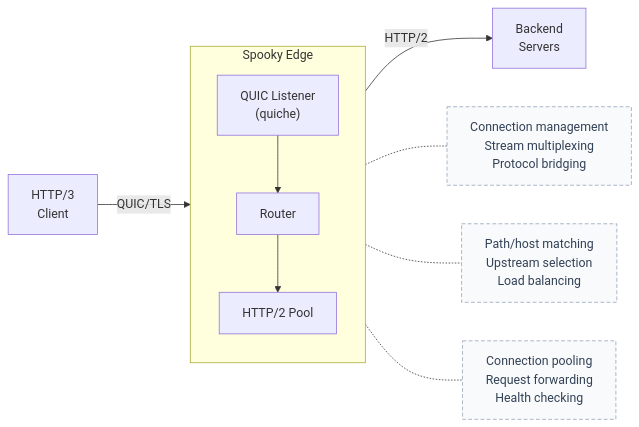
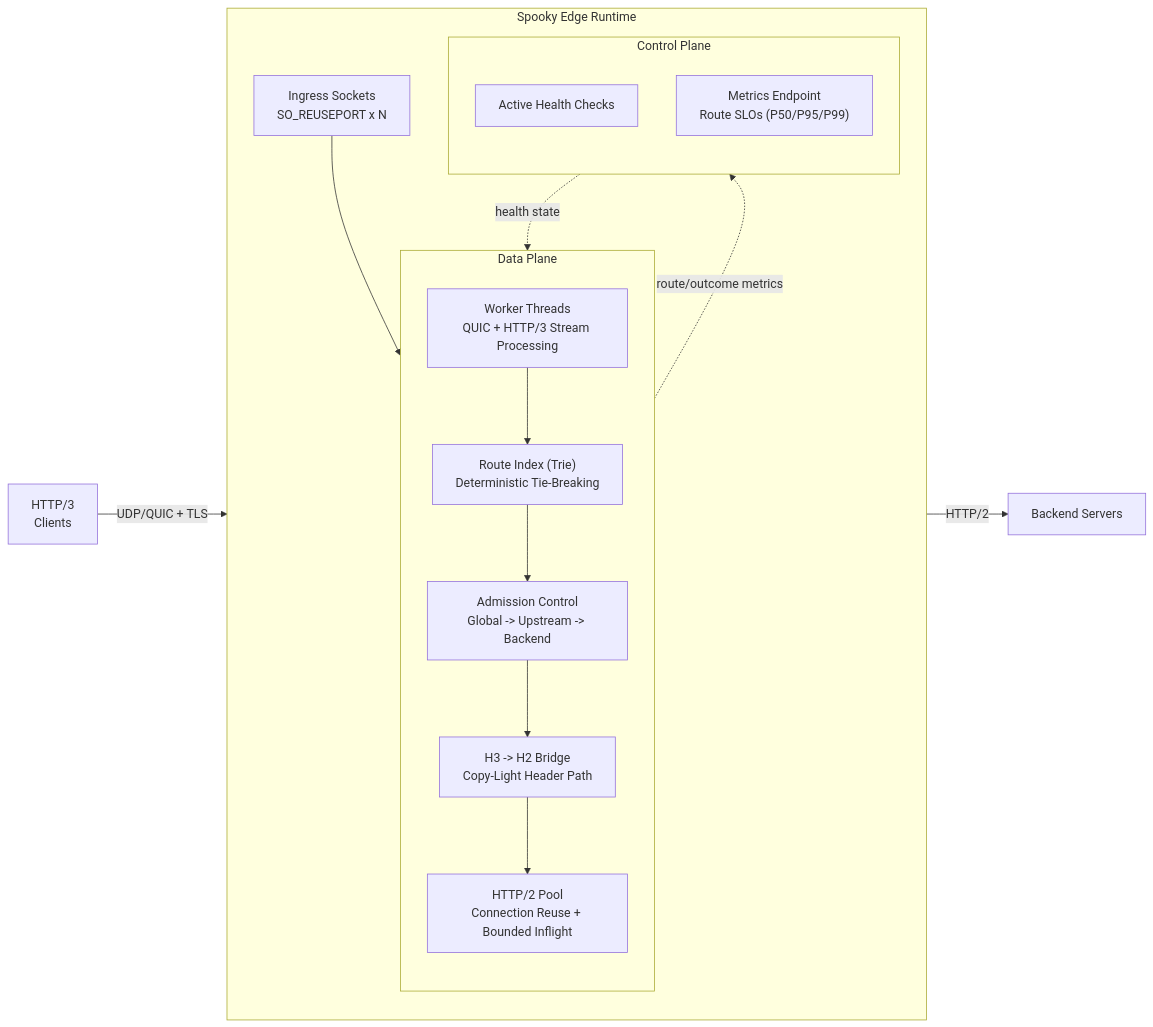
Before and after one commit to Supernova-Labs-Org/spooky: the diagram in README.md, drawn with Mermaid.

Commit message:
updated: README

````diff
--- a/README.md
+++ b/README.md
@@ -114,18 +114,28 @@
 ```mermaid
 flowchart LR
-    client["HTTP/3<br/>Client"] -->|QUIC/TLS| quic
+    client["HTTP/3<br/>Clients"] -->|UDP/QUIC + TLS| ingress
 
-    subgraph edge["Spooky Edge"]
+    subgraph edge["Spooky Edge Runtime"]
         direction TB
-        quic["QUIC Listener<br/>(quiche)"] --> router["Router"] --> pool["HTTP/2 Pool"]
+        ingress["Ingress Sockets<br/>SO_REUSEPORT x N"]
+
+        subgraph data_plane["Data Plane"]
+            direction TB
+            workers["Worker Threads<br/>QUIC + HTTP/3 Stream Processing"] --> route["Route Index (Trie)<br/>Deterministic Tie-Breaking"]
+            route --> admission["Admission Control<br/>Global -> Upstream -> Backend"]
+            admission --> bridge["H3 -> H2 Bridge<br/>Copy-Light Header Path"]
+            bridge --> pool["HTTP/2 Pool<br/>Connection Reuse + Bounded Inflight"]
+        end
+
+        subgraph control_plane["Control Plane"]
+            direction TB
+            health["Active Health Checks"]
+            metrics["Metrics Endpoint<br/>Route SLOs (P50/P95/P99)"]
+        end
     end
 
-    pool -->|HTTP/2| backend["Backend<br/>Servers"]
-
-    quic -.- quic_note["Connection management<br/>Stream multiplexing<br/>Protocol bridging"]
-    router -.- router_note["Path/host matching<br/>Upstream selection<br/>Load balancing"]
-    pool -.- pool_note["Connection pooling<br/>Request forwarding<br/>Health checking"]
-
-    classDef note fill:#F8FAFC,stroke:#94A3B8,stroke-width:1px,stroke-dasharray: 5 3,color:#334155;
-    class quic_note,router_note,pool_note note;
+    ingress --> workers
+    pool -->|HTTP/2| backend["Backend Servers"]
+    health -. health state .-> pool
+    workers -. route/outcome metrics .-> metrics
 ```
````
